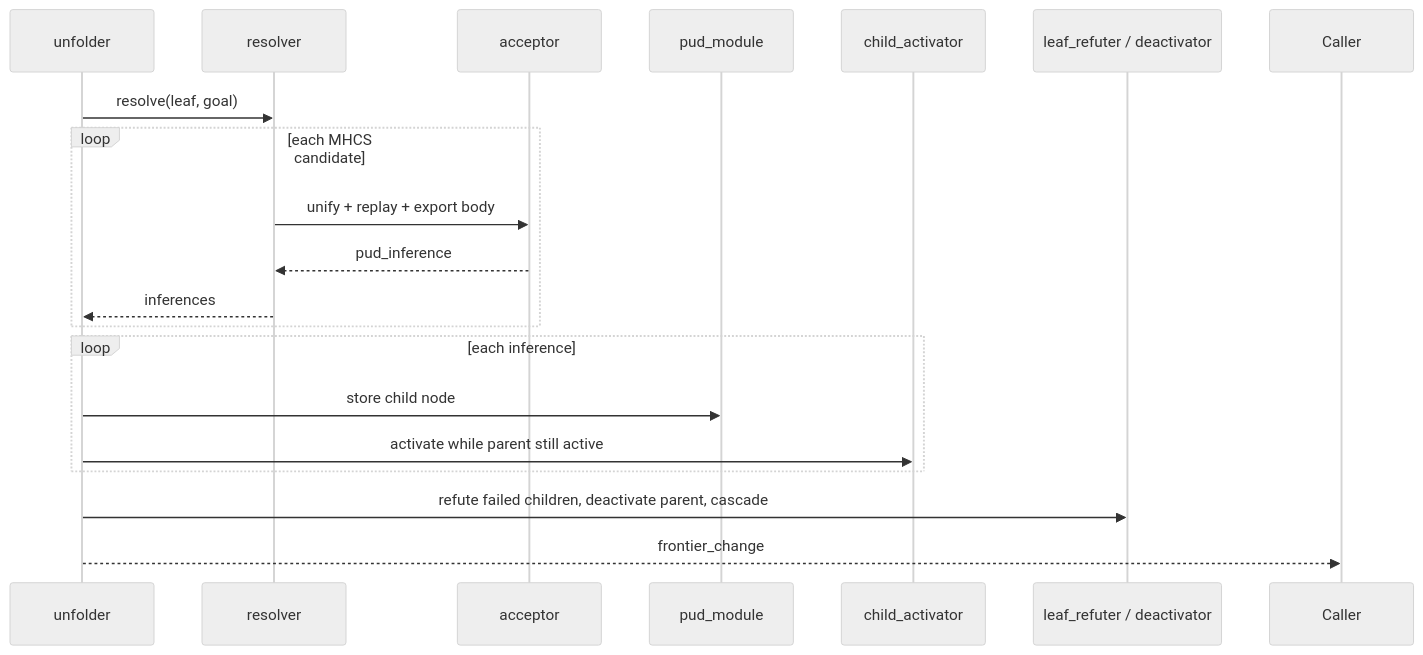
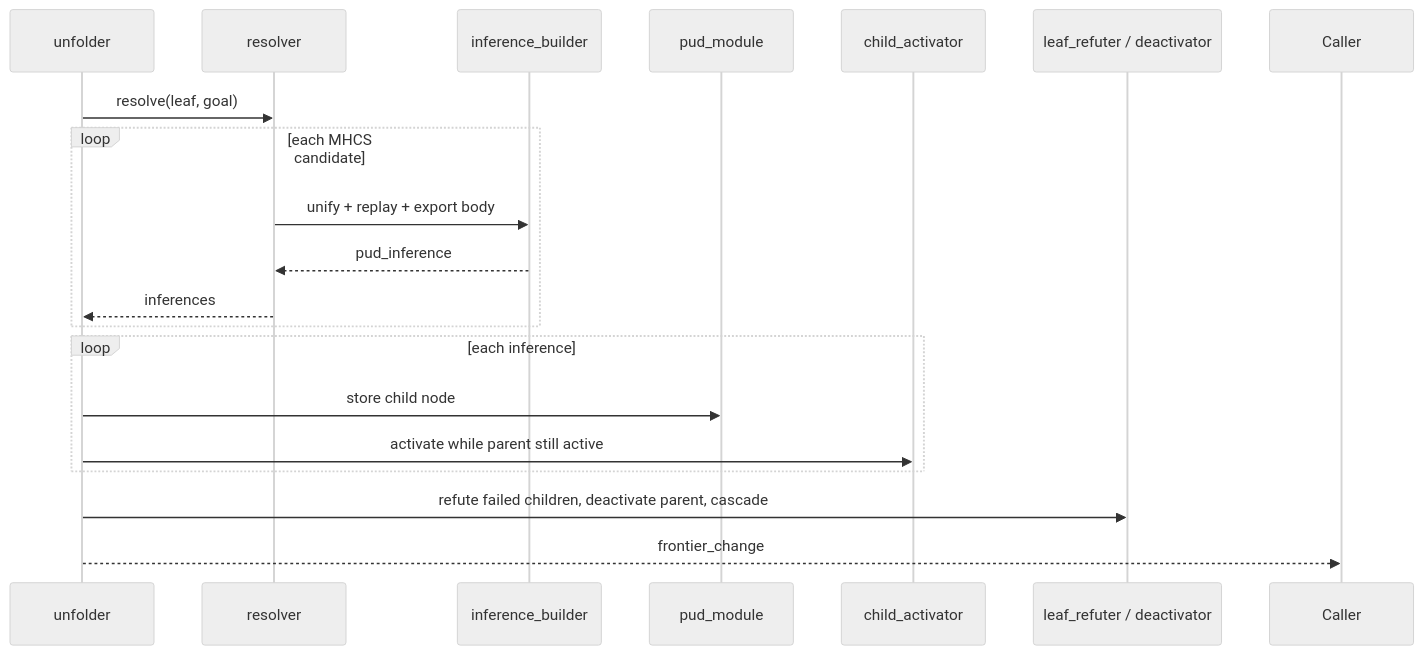
Before and after one commit to team-affix/atlas: the fourth of 5 diagrams in docs/pud-architecture.md, drawn with Mermaid (neutral theme). The commit also changed other lines of this file and 45 other files, not shown here.

````diff
--- a/docs/pud-architecture.md
+++ b/docs/pud-architecture.md
@@ -106,22 +106,22 @@
 ```mermaid
 sequenceDiagram
   participant UF as unfolder
   participant R as resolver
-  participant A as acceptor
+  participant A as inference_builder
   participant M as pud_module
   participant CA as child_activator
   participant LD as leaf_refuter / deactivator
 
   UF->>R: resolve(leaf, goal)
   loop each MHCS candidate
     R->>A: unify + replay + export body
     A-->>R: pud_inference
     R-->>UF: inferences
   end
   loop each inference
     UF->>M: store child node
     UF->>CA: activate while parent still active
   end
   UF->>LD: refute failed children, deactivate parent, cascade
   UF-->>Caller: frontier_change
 ```
````
